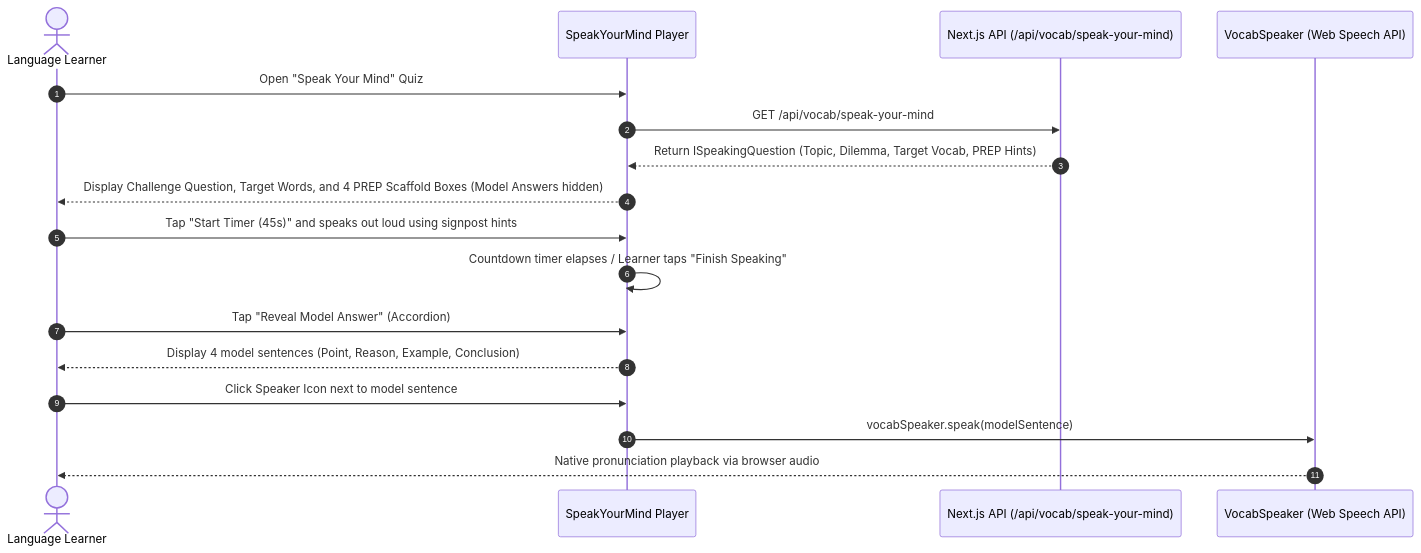
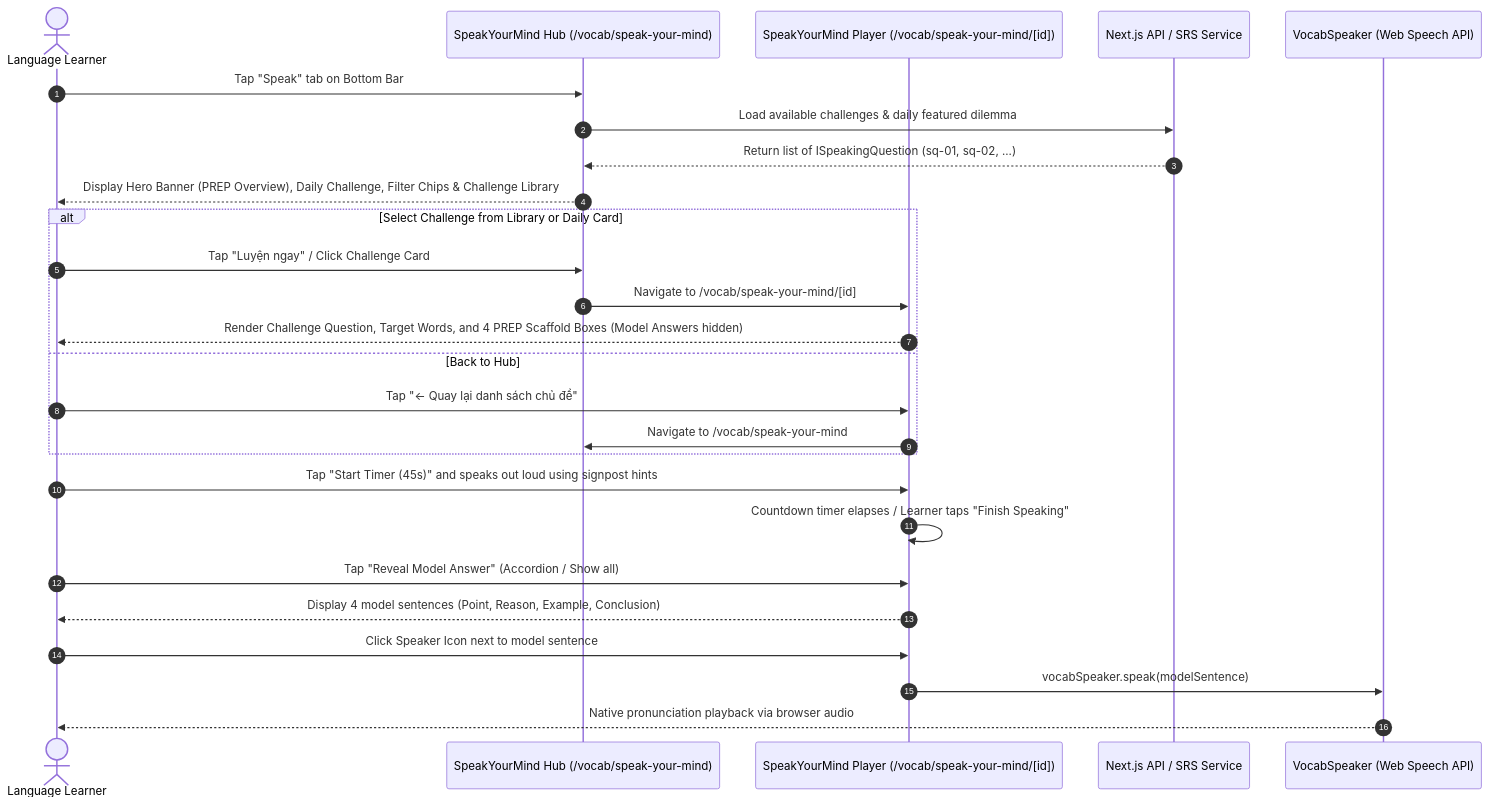
The third of 4 diagrams in requirements/modules/vocab/spec.md (vuanhtu1993/aha-opta), drawn with Mermaid before and after one commit. The commit also changed other lines of this file and 2 other files, not shown here.

Commit message:
docs(spec): add speaking hub and visual storybook picker specs

````diff
--- a/requirements/modules/vocab/spec.md
+++ b/requirements/modules/vocab/spec.md
@@ -127,23 +128,33 @@
 ```mermaid
 sequenceDiagram
     autonumber
     actor Learner as Language Learner
-    participant UI as SpeakYourMind Player
-    participant API as Next.js API (/api/vocab/speak-your-mind)
+    participant Hub as SpeakYourMind Hub (/vocab/speak-your-mind)
+    participant Player as SpeakYourMind Player (/vocab/speak-your-mind/[id])
+    participant API as Next.js API / SRS Service
     participant Speaker as VocabSpeaker (Web Speech API)
 
-    Learner->>UI: Open "Speak Your Mind" Quiz
-    UI->>API: GET /api/vocab/speak-your-mind
-    API-->>UI: Return ISpeakingQuestion (Topic, Dilemma, Target Vocab, PREP Hints)
-    UI-->>Learner: Display Challenge Question, Target Words, and 4 PREP Scaffold Boxes (Model Answers hidden)
+    Learner->>Hub: Tap "Speak" tab on Bottom Bar
+    Hub->>API: Load available challenges & daily featured dilemma
+    API-->>Hub: Return list of ISpeakingQuestion (sq-01, sq-02, ...)
+    Hub-->>Learner: Display Hero Banner (PREP Overview), Daily Challenge, Filter Chips & Challenge Library
 
-    Learner->>UI: Tap "Start Timer (45s)" and speaks out loud using signpost hints
-    UI->>UI: Countdown timer elapses / Learner taps "Finish Speaking"
+    alt Select Challenge from Library or Daily Card
+        Learner->>Hub: Tap "Luyện ngay" / Click Challenge Card
+        Hub->>Player: Navigate to /vocab/speak-your-mind/[id]
+        Player-->>Learner: Render Challenge Question, Target Words, and 4 PREP Scaffold Boxes (Model Answers hidden)
+    else Back to Hub
+        Learner->>Player: Tap "← Quay lại danh sách chủ đề"
+        Player->>Hub: Navigate to /vocab/speak-your-mind
+    end
+
+    Learner->>Player: Tap "Start Timer (45s)" and speaks out loud using signpost hints
+    Player->>Player: Countdown timer elapses / Learner taps "Finish Speaking"
     
-    Learner->>UI: Tap "Reveal Model Answer" (Accordion)
-    UI-->>Learner: Display 4 model sentences (Point, Reason, Example, Conclusion)
+    Learner->>Player: Tap "Reveal Model Answer" (Accordion / Show all)
+    Player-->>Learner: Display 4 model sentences (Point, Reason, Example, Conclusion)
     
-    Learner->>UI: Click Speaker Icon next to model sentence
-    UI->>Speaker: vocabSpeaker.speak(modelSentence)
+    Learner->>Player: Click Speaker Icon next to model sentence
+    Player->>Speaker: vocabSpeaker.speak(modelSentence)
     Speaker-->>Learner: Native pronunciation playback via browser audio
 ```
````
